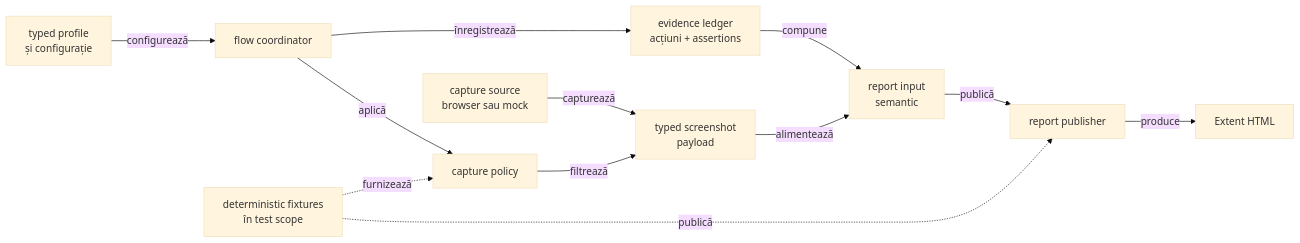
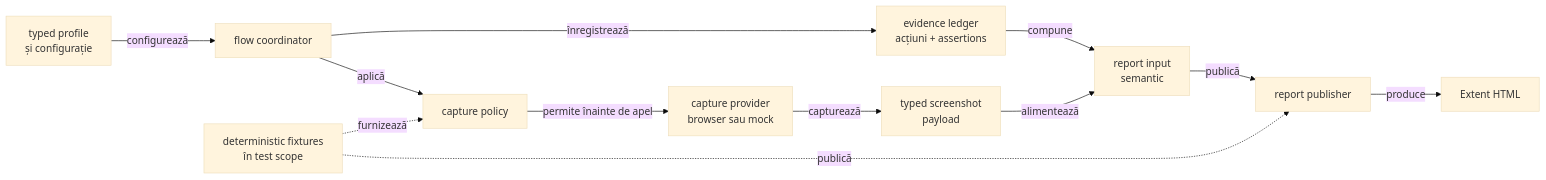
The first of 3 diagrams in docs/ATF_Evidence_Capture_Contract.md (crististefanita/demo2), drawn with Mermaid (base theme) before and after one commit. The commit also changed other lines of this file and 69 other files, not shown here.

````diff
--- a/docs/ATF_Evidence_Capture_Contract.md
+++ b/docs/ATF_Evidence_Capture_Contract.md
@@ -19,14 +19,14 @@
 ```mermaid
 flowchart LR
     Config[typed profile<br/>și configurație] -->|configurează| Flow[flow coordinator]
     Flow -->|înregistrează| Ledger[evidence ledger<br/>acțiuni + assertions]
     Flow -->|aplică| Policy[capture policy]
-    Source[capture source<br/>browser sau mock] -->|capturează| Payload[typed screenshot<br/>payload]
-    Policy -->|filtrează| Payload
+    Source[capture provider<br/>browser sau mock] -->|capturează| Payload[typed screenshot<br/>payload]
+    Policy -->|permite înainte de apel| Source
     Ledger -->|compune| Input[report input<br/>semantic]
     Payload -->|alimentează| Input
     Input -->|publică| Publisher[report publisher]
     Publisher -->|produce| Artifact[Extent HTML]
     Fixtures[deterministic fixtures<br/>în test scope] -. furnizează .-> Policy
     Fixtures -. publică .-> Publisher
 ```
````
